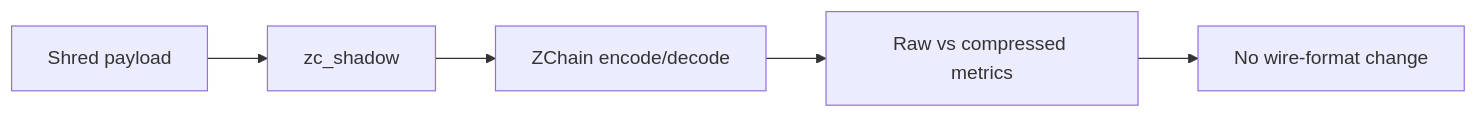
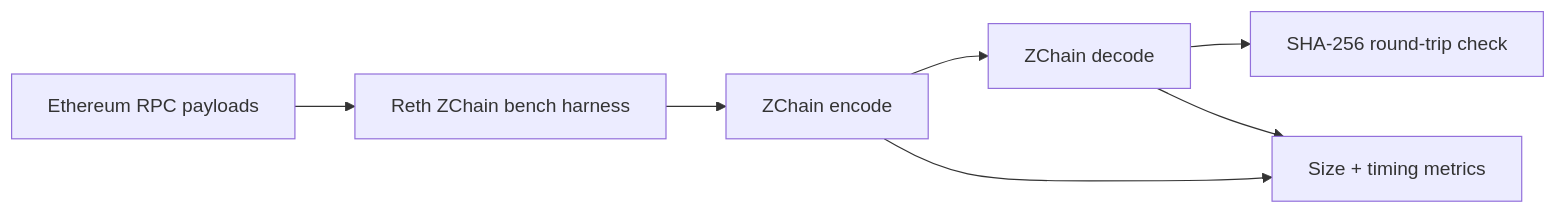
The second of 2 diagrams in README.md (Zetako-Compression-Lab/blockchain), drawn with Mermaid before and after one commit. The commit also changed other lines of this file, not shown here.

Commit message:
add Reth Ethereum release benchmark and clarify Agave scope

````diff
--- a/README.md
+++ b/README.md
@@ -70,7 +114,9 @@
 ```mermaid
 flowchart LR
-    A[Shred payload] --> B[zc_shadow]
-    B --> C[ZChain encode/decode]
-    C --> D[Raw vs compressed metrics]
-    D --> E[No wire-format change]
+    A[Ethereum RPC payloads] --> B[Reth ZChain bench harness]
+    B --> C[ZChain encode]
+    C --> D[ZChain decode]
+    D --> E[SHA-256 round-trip check]
+    C --> F[Size + timing metrics]
+    D --> F
 ```
````
